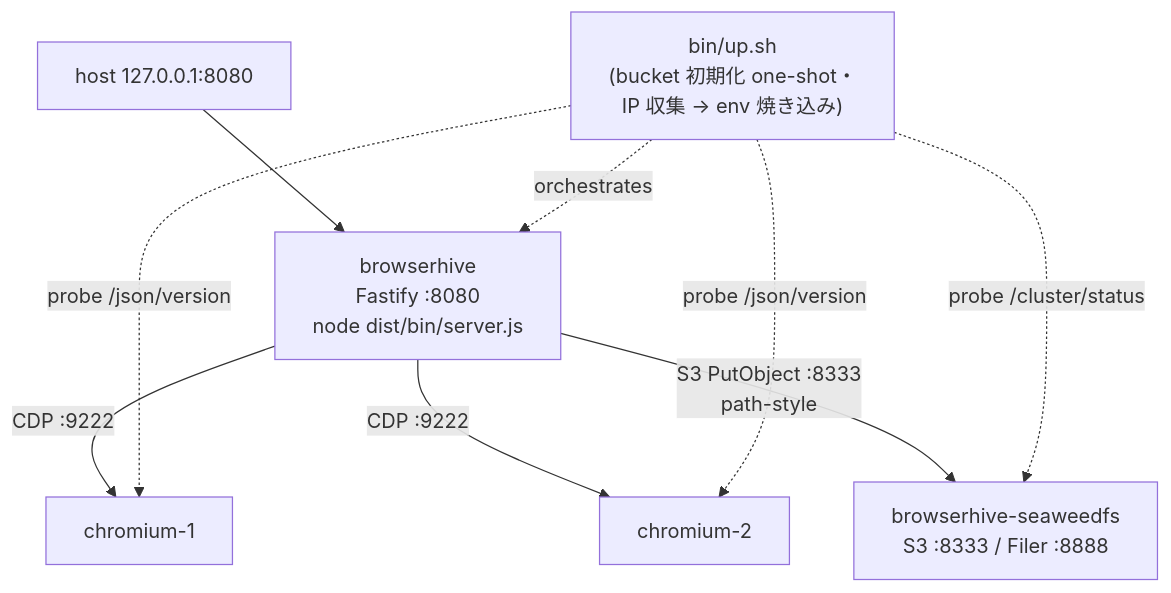
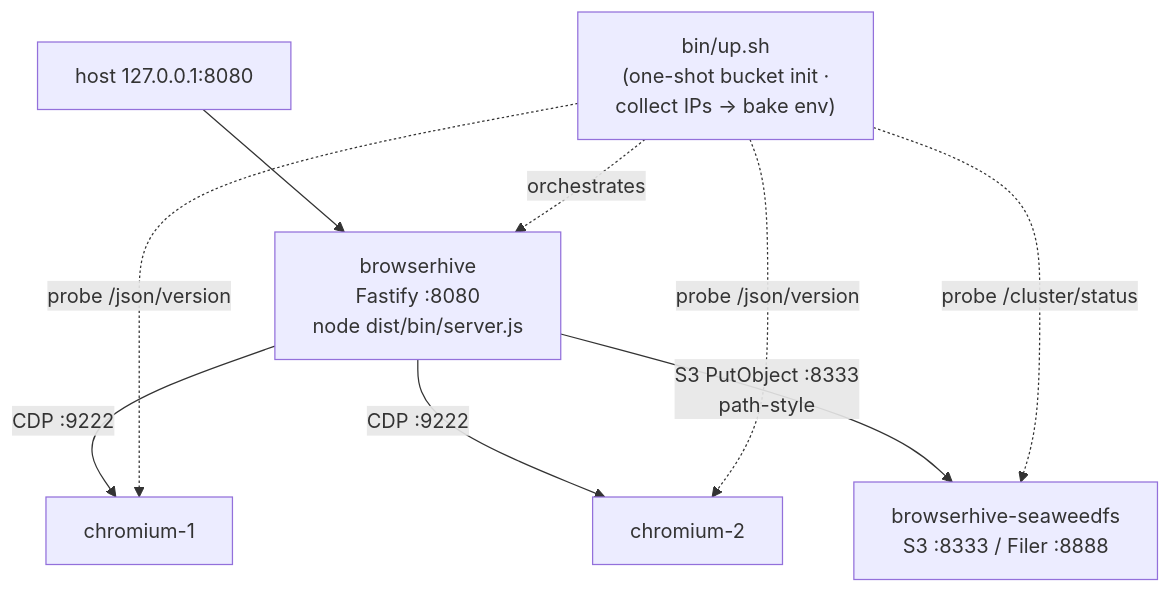
One commit to uraitakahito/browserhive changed the seventh of 7 diagrams in docs-site/src/content/docs/architecture.mdx. Above: the diagram before and after it, drawn with Mermaid. The commit also changed other lines of this file and 17 other files, not shown here.

````diff
--- a/docs-site/src/content/docs/architecture.mdx
+++ b/docs-site/src/content/docs/architecture.mdx
@@ -323,11 +354,11 @@
 ```mermaid
 flowchart TD
   HOST["host 127.0.0.1:8080"] --> BH["browserhive<br>Fastify :8080<br>node dist/bin/server.js"]
   BH -->|"CDP :9222"| C1["chromium-1"]
   BH -->|"CDP :9222"| C2["chromium-2"]
   BH -->|"S3 PutObject :8333<br>path-style"| SW["browserhive-seaweedfs<br>S3 :8333 / Filer :8888"]
-  UP["bin/up.sh<br>(bucket 初期化 one-shot・<br>IP 収集 → env 焼き込み)"] -.->|orchestrates| BH
+  UP["bin/up.sh<br>(one-shot bucket init ·<br>collect IPs → bake env)"] -.->|orchestrates| BH
   UP -.->|probe /cluster/status| SW
   UP -.->|probe /json/version| C1
   UP -.->|probe /json/version| C2
 ```
````
